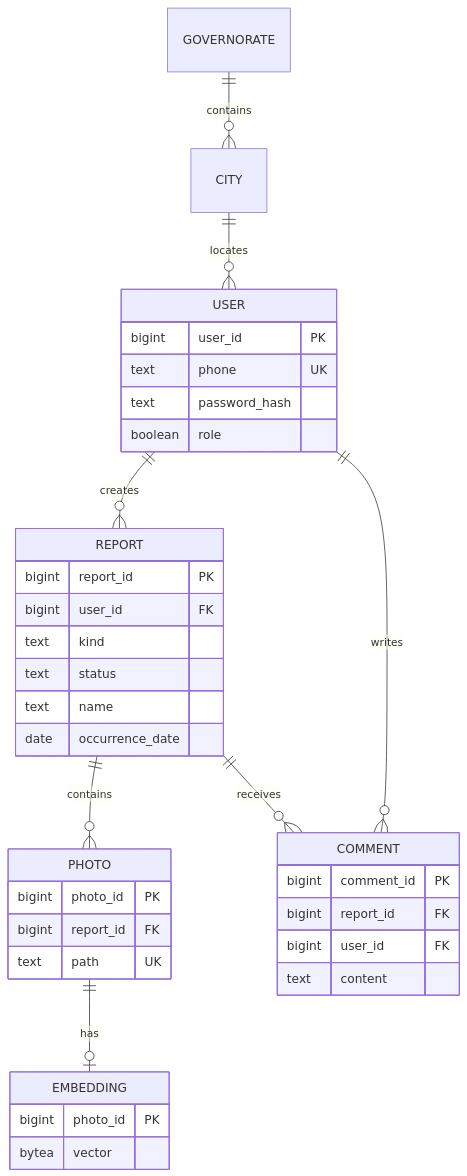
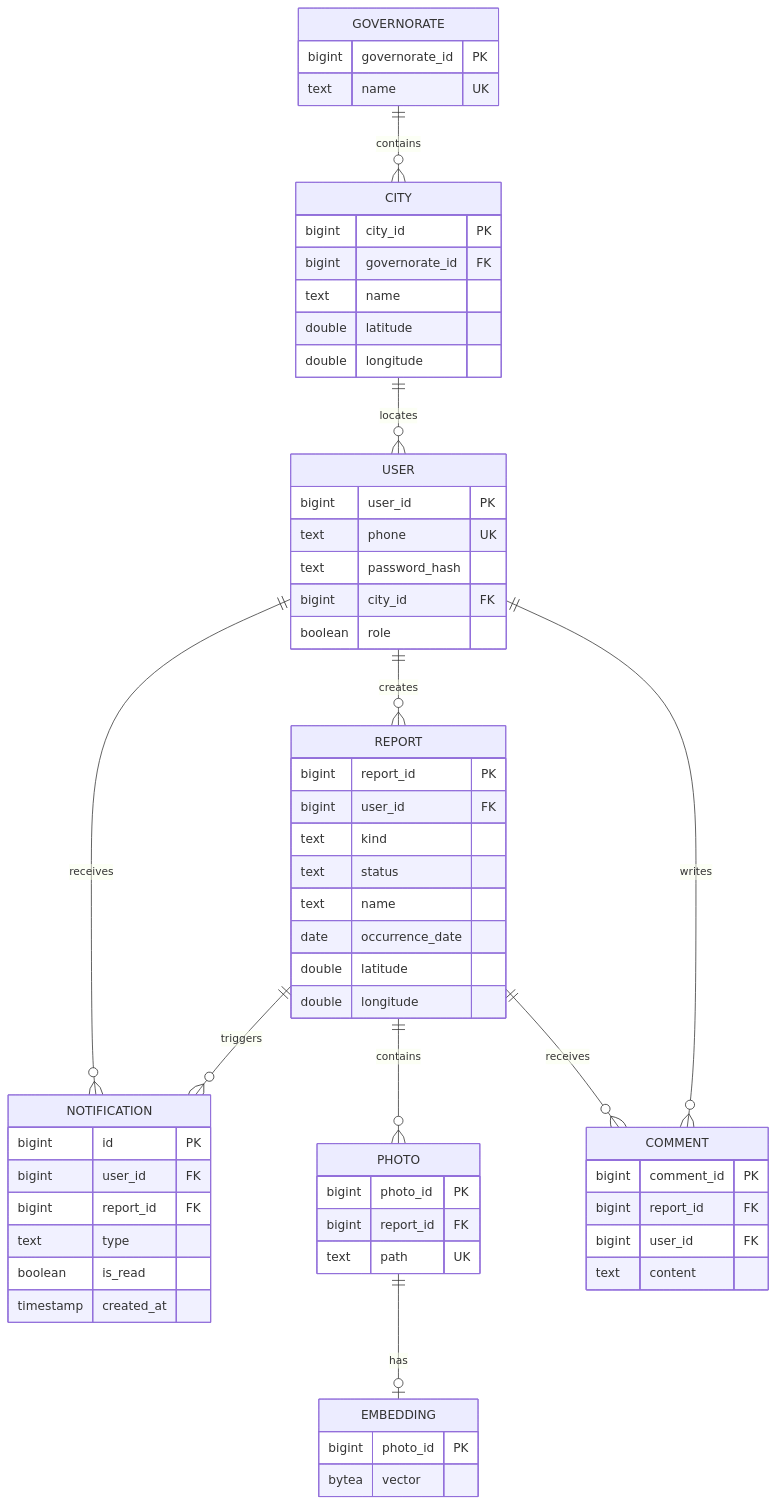
One commit to shoraky/Reunite changed the third of 3 diagrams in README.md. Above: the diagram before and after it, drawn with Mermaid. The commit also changed other lines of this file and 5 other files, not shown here.

````diff
--- a/README.md
+++ b/README.md
@@ -144,15 +146,20 @@
 ```mermaid
 erDiagram
     USER ||--o{ REPORT : creates
+    USER ||--o{ NOTIFICATION : receives
+    REPORT ||--o{ NOTIFICATION : triggers
     REPORT ||--o{ PHOTO : contains
     PHOTO ||--o| EMBEDDING : has
     REPORT ||--o{ COMMENT : receives
     USER ||--o{ COMMENT : writes
     GOVERNORATE ||--o{ CITY : contains
     CITY ||--o{ USER : locates
-    USER { bigint user_id PK text phone UK text password_hash boolean role }
-    REPORT { bigint report_id PK bigint user_id FK text kind text status text name date occurrence_date }
+    USER { bigint user_id PK text phone UK text password_hash bigint city_id FK boolean role }
+    GOVERNORATE { bigint governorate_id PK text name UK }
+    CITY { bigint city_id PK bigint governorate_id FK text name double latitude double longitude }
+    REPORT { bigint report_id PK bigint user_id FK text kind text status text name date occurrence_date double latitude double longitude }
     PHOTO { bigint photo_id PK bigint report_id FK text path UK }
     EMBEDDING { bigint photo_id PK bytea vector }
     COMMENT { bigint comment_id PK bigint report_id FK bigint user_id FK text content }
+    NOTIFICATION { bigint id PK bigint user_id FK bigint report_id FK text type boolean is_read timestamp created_at }
 ```
````
